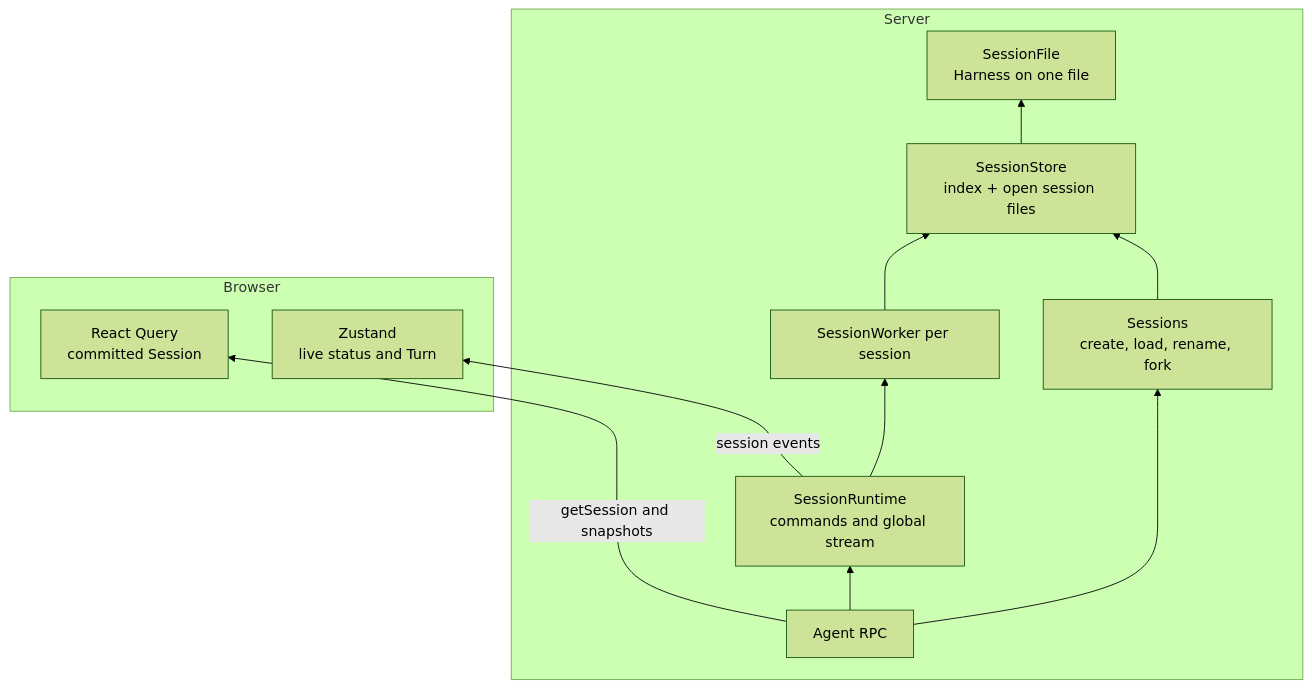
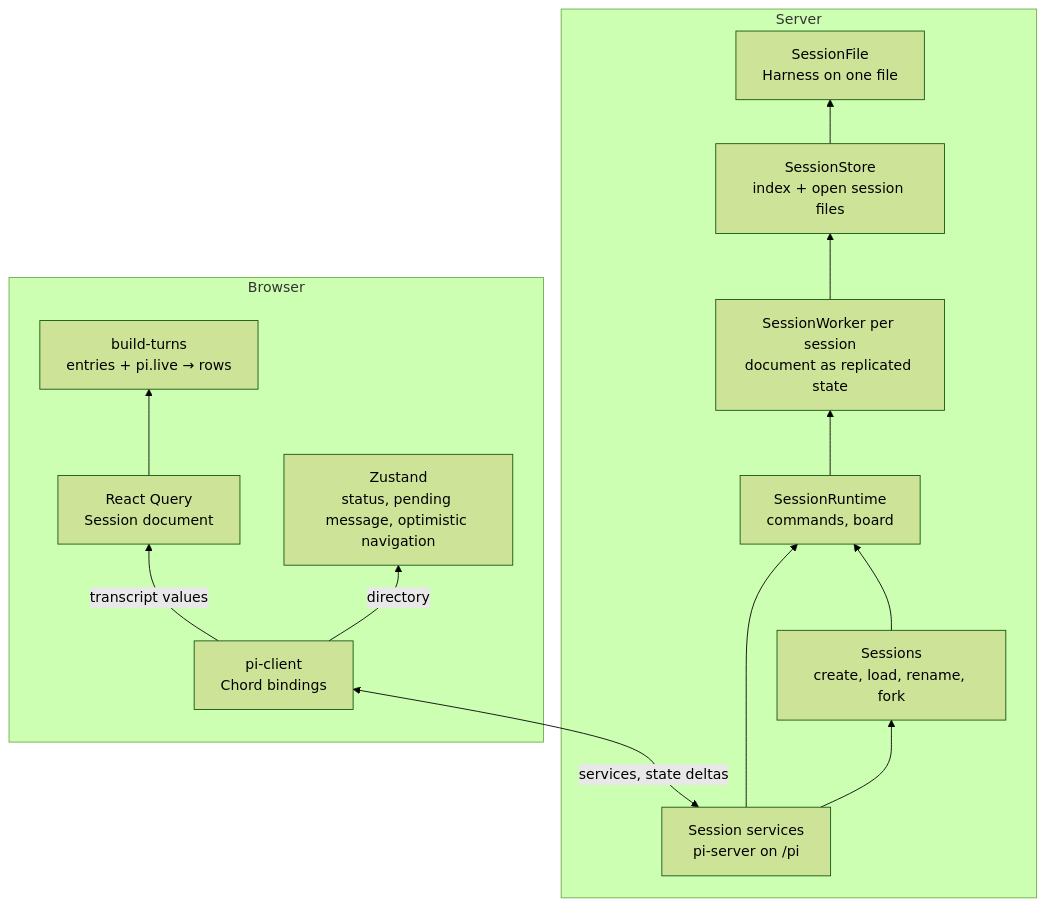
The diagram in docs/internal/session-runtime.md (mattiacerutti/supernova), drawn with Mermaid (forest theme) before and after one commit. The commit also changed other lines of this file and 196 other files, not shown here.

Commit message:
refactor: replace custom RPC with Chord and Pi services

````diff
--- a/docs/internal/session-runtime.md
+++ b/docs/internal/session-runtime.md
@@ -44,26 +38,30 @@
 ```mermaid
 flowchart BT
     subgraph server[Server]
-        rpc[Agent RPC]
+        edge["Session services<br/>pi-server on /pi"]
         sessions["Sessions<br/>create, load, rename, fork"]
-        runtimeService["SessionRuntime<br/>commands and global stream"]
-        worker[SessionWorker per session]
+        runtimeService["SessionRuntime<br/>commands, board"]
+        worker["SessionWorker per session<br/>document as replicated state"]
         store["SessionStore<br/>index + open session files"]
         file["SessionFile<br/>Harness on one file"]
 
-        rpc --> sessions
-        rpc --> runtimeService
+        edge --> sessions
+        edge --> runtimeService
+        sessions --> runtimeService
         runtimeService --> worker
-        sessions --> store
         worker --> store
         store --> file
     end
 
     subgraph browser[Browser]
-        query["React Query<br/>committed Session"]
-        liveStore["Zustand<br/>live status and Turn"]
+        client["pi-client<br/>Chord bindings"]
+        query["React Query<br/>Session document"]
+        liveStore["Zustand<br/>status, pending message, optimistic navigation"]
+        timeline["build-turns<br/>entries + pi.live → rows"]
     end
 
-    rpc -->|getSession and snapshots| query
-    runtimeService -->|session events| liveStore
+    edge <-->|services, state deltas| client
+    client -->|transcript values| query
+    client -->|directory| liveStore
+    query --> timeline
 ```
````
